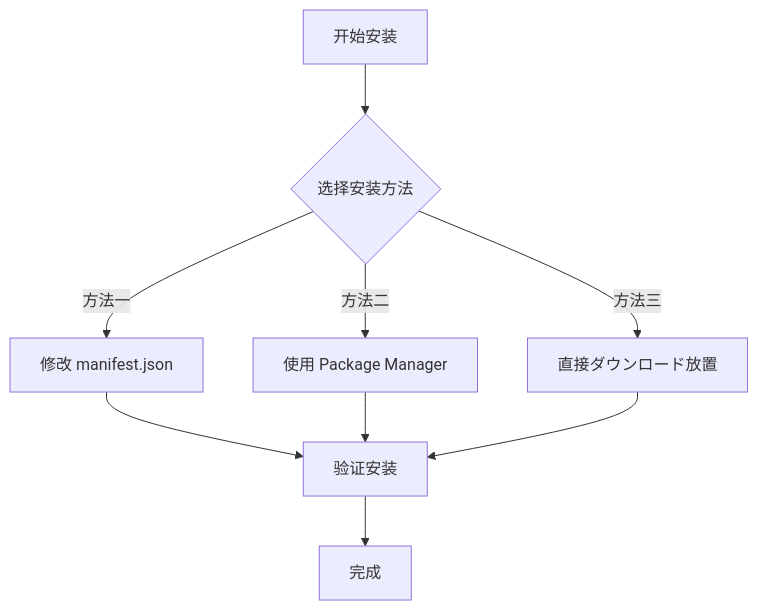
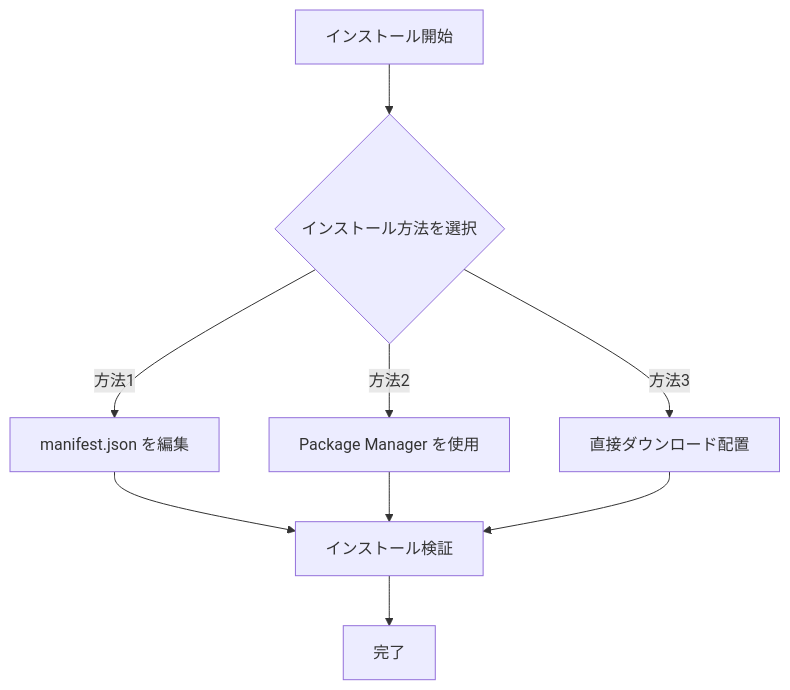
One commit to AlianBlank/GameFrameX.Docs changed the first of 2 diagrams in docs/ja/client/unity/component/event/02.installation.md. Above: the diagram before and after it, drawn with Mermaid. The commit also changed other lines of this file and 320 other files, not shown here.

````diff
--- a/docs/ja/client/unity/component/event/02.installation.md
+++ b/docs/ja/client/unity/component/event/02.installation.md
@@ -27,11 +27,11 @@
 ```mermaid
 flowchart TD
-    A[开始安装] --> B{选择安装方法}
-    B -->|方法一| C[修改 manifest.json]
-    B -->|方法二| D[使用 Package Manager]
-    B -->|方法三| E[直接ダウンロード放置]
-    C --> F[验证安装]
+    A[インストール開始] --> B{インストール方法を選択}
+    B -->|方法1| C[manifest.json を編集]
+    B -->|方法2| D[Package Manager を使用]
+    B -->|方法3| E[直接ダウンロード配置]
+    C --> F[インストール検証]
     D --> F
     E --> F
-    F --> G[完成]
+    F --> G[完了]
 ```
````
